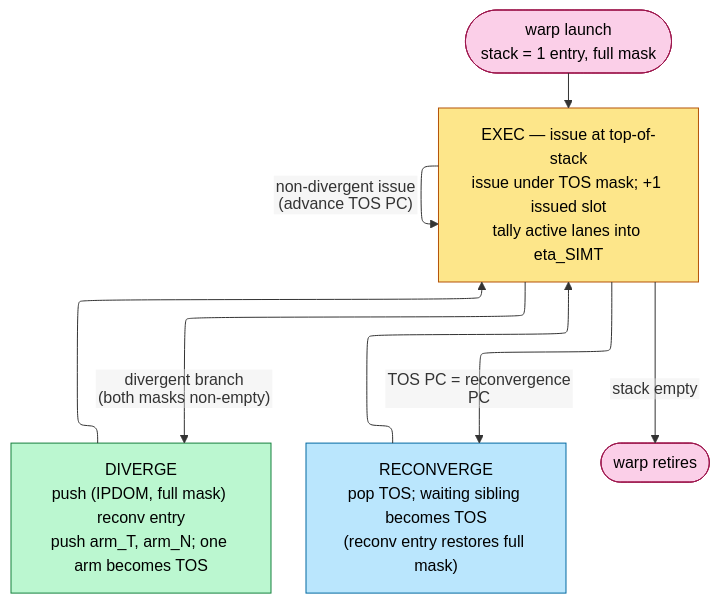
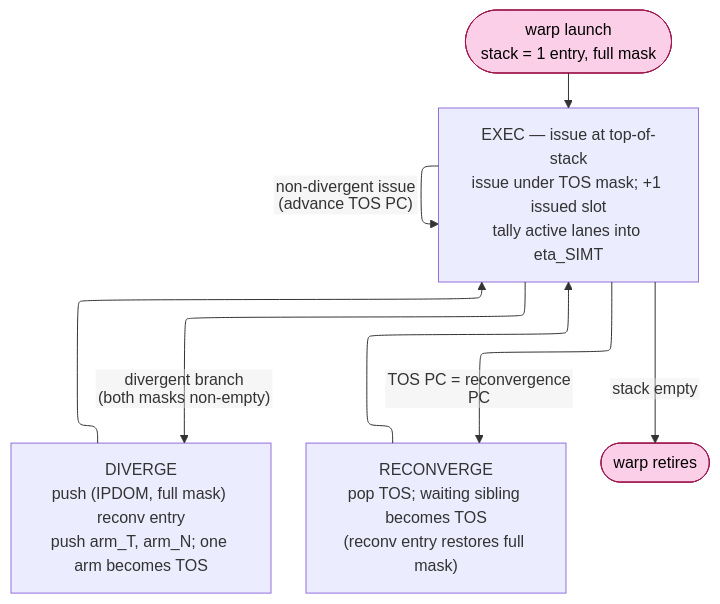
The third of 6 diagrams in 01_Architecture_and_PPA/02_GPU_Architecture/04_Simulation/01_GPU_Simulators.md (Wty2003328/silicon-design-notebook), drawn with Mermaid before and after one commit. The commit also changed other lines of this file and 125 other files, not shown here.

First line of the commit message:
Complete the AMBA family, refresh the learning path, and make every figure and formula actually render

````diff
--- a/01_Architecture_and_PPA/02_GPU_Architecture/04_Simulation/01_GPU_Simulators.md
+++ b/01_Architecture_and_PPA/02_GPU_Architecture/04_Simulation/01_GPU_Simulators.md
@@ -175,16 +175,13 @@
 ```mermaid
 %%{init: {"flowchart": {"defaultRenderer": "elk", "nodeSpacing": 55, "rankSpacing": 45, "htmlLabels": false}}}%%
 flowchart TD
     START([warp launch<br/>stack = 1 entry, full mask]):::se --> EXEC
-    EXEC["EXEC — issue at top-of-stack<br/>issue under TOS mask; +1 issued slot<br/>tally active lanes into eta_SIMT"]:::ex
+    EXEC["EXEC — issue at top-of-stack<br/>issue under TOS mask; +1 issued slot<br/>tally active lanes into eta_SIMT"]
     EXEC -->|"non-divergent issue<br/>(advance TOS PC)"| EXEC
-    EXEC -->|"divergent branch<br/>(both masks non-empty)"| DIV["DIVERGE<br/>push (IPDOM, full mask) reconv entry<br/>push arm_T, arm_N; one arm becomes TOS"]:::dv
+    EXEC -->|"divergent branch<br/>(both masks non-empty)"| DIV["DIVERGE<br/>push (IPDOM, full mask) reconv entry<br/>push arm_T, arm_N; one arm becomes TOS"]
     DIV --> EXEC
-    EXEC -->|"TOS PC = reconvergence PC"| REC["RECONVERGE<br/>pop TOS; waiting sibling becomes TOS<br/>(reconv entry restores full mask)"]:::rc
+    EXEC -->|"TOS PC = reconvergence PC"| REC["RECONVERGE<br/>pop TOS; waiting sibling becomes TOS<br/>(reconv entry restores full mask)"]
     REC --> EXEC
     EXEC -->|"stack empty"| DONE([warp retires]):::se
     classDef se fill:#fbcfe8,stroke:#9d174d,color:#000
-    classDef ex fill:#fde68a,stroke:#b45309,color:#000
-    classDef dv fill:#bbf7d0,stroke:#15803d,color:#000
-    classDef rc fill:#bae6fd,stroke:#0369a1,color:#000
 ```
````
